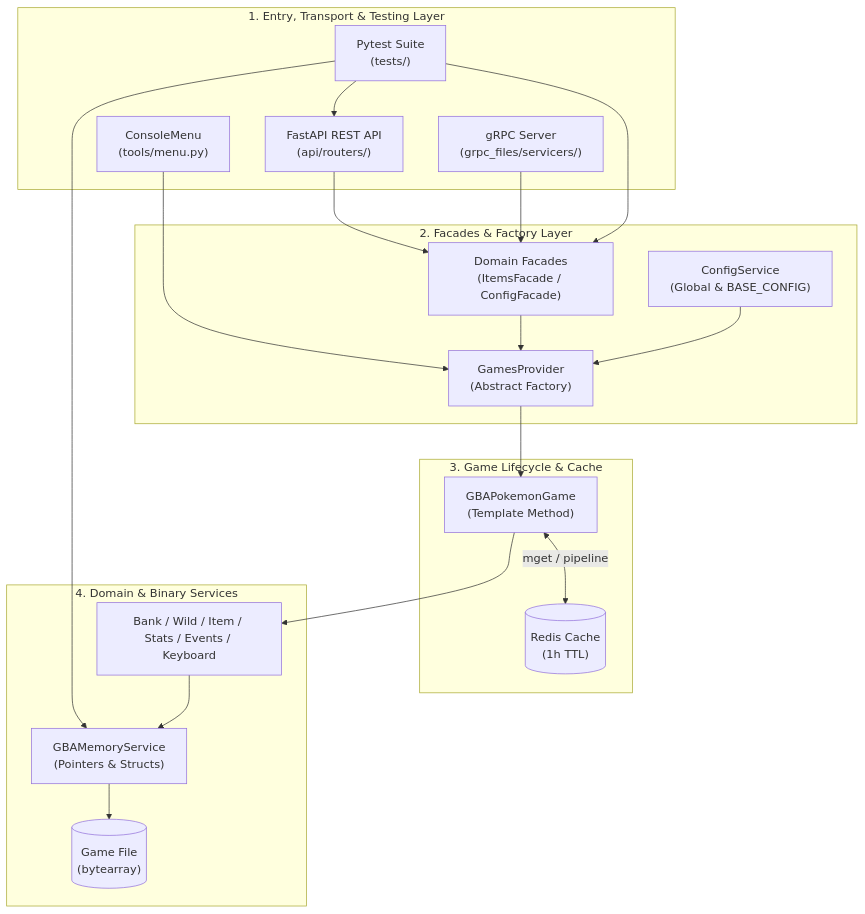
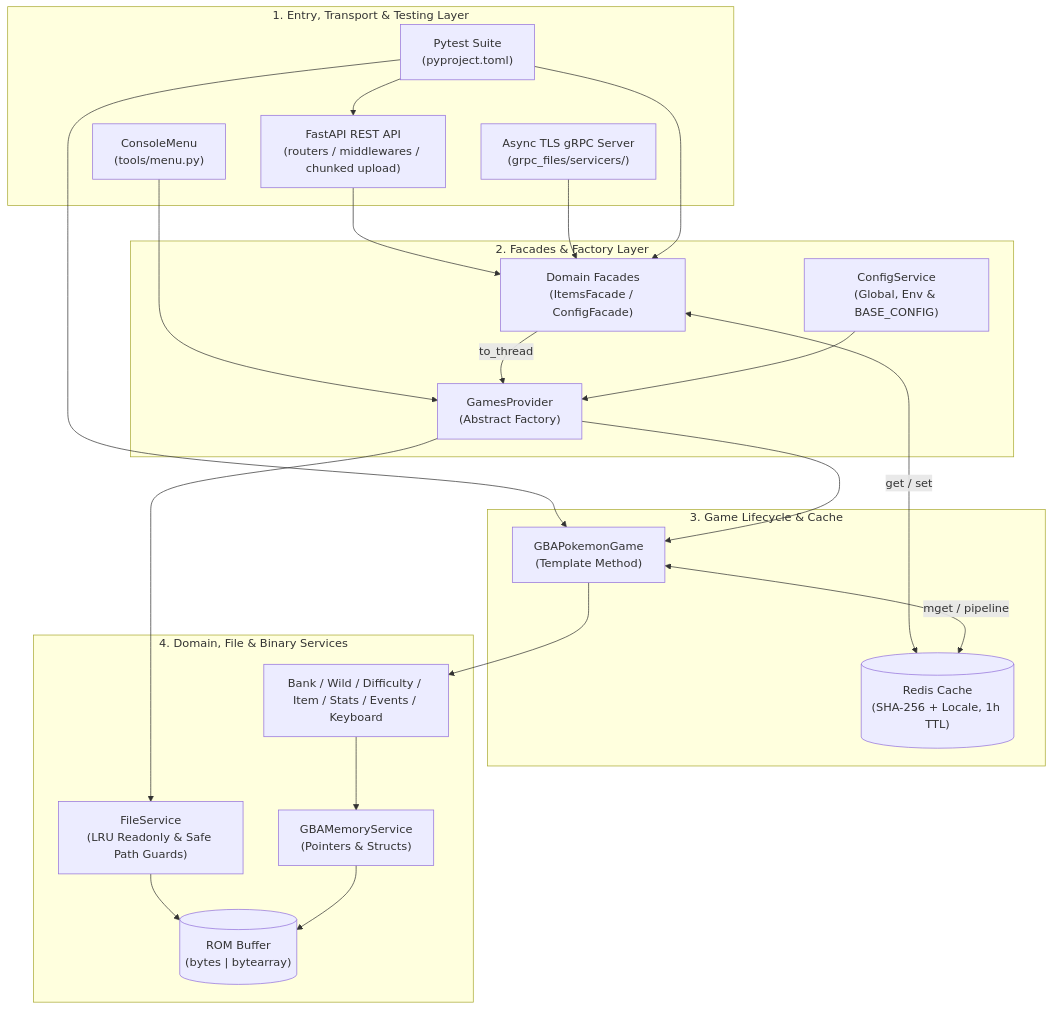
Before and after one commit to mxdotnetsrengineer/AdvanceR_Nexus_UpGen: the diagram in README.md, drawn with Mermaid. The commit also changed other lines of this file and 9 other files, not shown here.

````diff
--- a/README.md
+++ b/README.md
@@ -176,40 +176,44 @@
 ```mermaid
 flowchart TD
     subgraph Presentation ["1. Entry, Transport & Testing Layer"]
         CLI["ConsoleMenu<br/>(tools/menu.py)"]
-        REST["FastAPI REST API<br/>(api/routers/)"]
-        GRPC["gRPC Server<br/>(grpc_files/servicers/)"]
-        Tests["Pytest Suite<br/>(tests/)"]
+        REST["FastAPI REST API<br/>(routers / middlewares / chunked upload)"]
+        GRPC["Async TLS gRPC Server<br/>(grpc_files/servicers/)"]
+        Tests["Pytest Suite<br/>(pyproject.toml)"]
     end
 
     subgraph Orchestration ["2. Facades & Factory Layer"]
         Facades["Domain Facades<br/>(ItemsFacade / ConfigFacade)"]
-        Config["ConfigService<br/>(Global & BASE_CONFIG)"]
+        Config["ConfigService<br/>(Global, Env & BASE_CONFIG)"]
         Provider["GamesProvider<br/>(Abstract Factory)"]
     end
 
     subgraph Domain ["3. Game Lifecycle & Cache"]
         Game["GBAPokemonGame<br/>(Template Method)"]
-        Redis[("Redis Cache<br/>(1h TTL)")]
+        Redis[("Redis Cache<br/>(SHA-256 + Locale, 1h TTL)")]
     end
 
-    subgraph Services ["4. Domain & Binary Services"]
-        DomainSvc["Bank / Wild / Item / Stats / Events / Keyboard"]
+    subgraph Services ["4. Domain, File & Binary Services"]
+        DomainSvc["Bank / Wild / Difficulty / Item / Stats / Events / Keyboard"]
+        FileSvc["FileService<br/>(LRU Readonly & Safe Path Guards)"]
         Memory["GBAMemoryService<br/>(Pointers & Structs)"]
-        GameFile[("Game File<br/>(bytearray)")]
+        GameFile[("ROM Buffer<br/>(bytes | bytearray)")]
     end
 
     CLI --> Provider
     REST --> Facades
     GRPC --> Facades
     Tests --> REST
     Tests --> Facades
-    Tests --> Memory
-    Facades --> Provider
+    Tests --> Game
+    Facades <-->|get / set| Redis
+    Facades -->|to_thread| Provider
     Config --> Provider
+    Provider --> FileSvc
     Provider --> Game
     Game <-->|mget / pipeline| Redis
     Game --> DomainSvc
     DomainSvc --> Memory
+    FileSvc --> GameFile
     Memory --> GameFile
 ```
````
